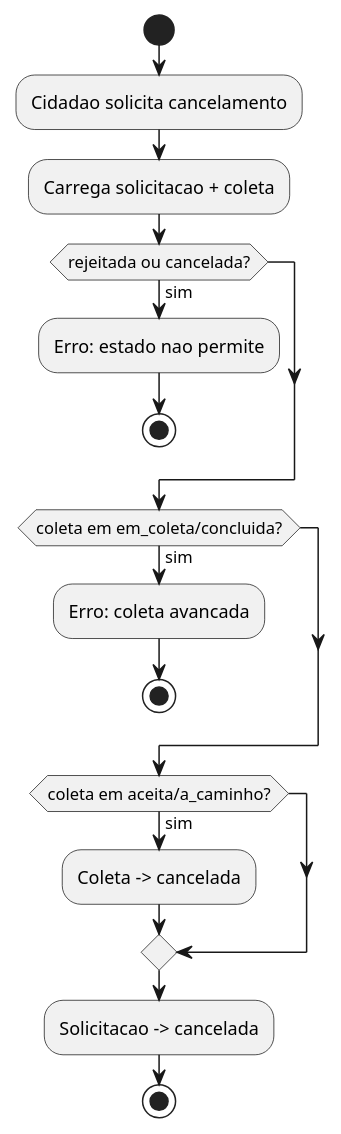
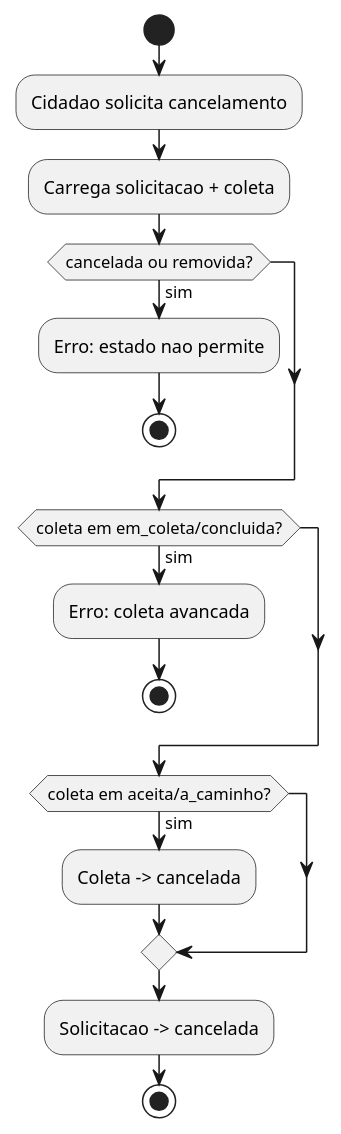
One commit to lononeiro/olx-ecologico changed the third of 3 diagrams in docs/uml/3-atividades/atividades.puml. Above: the diagram before and after it, drawn with PlantUML. The commit also changed other lines of this file and 53 other files, not shown here.

First line of the commit message:
docs(uml): revisao dos diagramas e sincronizacao docs/ com uml/

```diff
--- a/docs/uml/3-atividades/atividades.puml
+++ b/docs/uml/3-atividades/atividades.puml
@@ -57,19 +58,19 @@
 @startuml atividade-cancelar
 ' Atividade - Cancelamento de solicitacao
 start
 :Cidadao solicita cancelamento;
 :Carrega solicitacao + coleta;
-if (rejeitada ou cancelada?) then (sim)
+if (cancelada ou removida?) then (sim)
   :Erro: estado nao permite;
   stop
 endif
 if (coleta em em_coleta/concluida?) then (sim)
   :Erro: coleta avancada;
   stop
 endif
 if (coleta em aceita/a_caminho?) then (sim)
   :Coleta -> cancelada;
 endif
 :Solicitacao -> cancelada;
 stop
 @enduml
```
